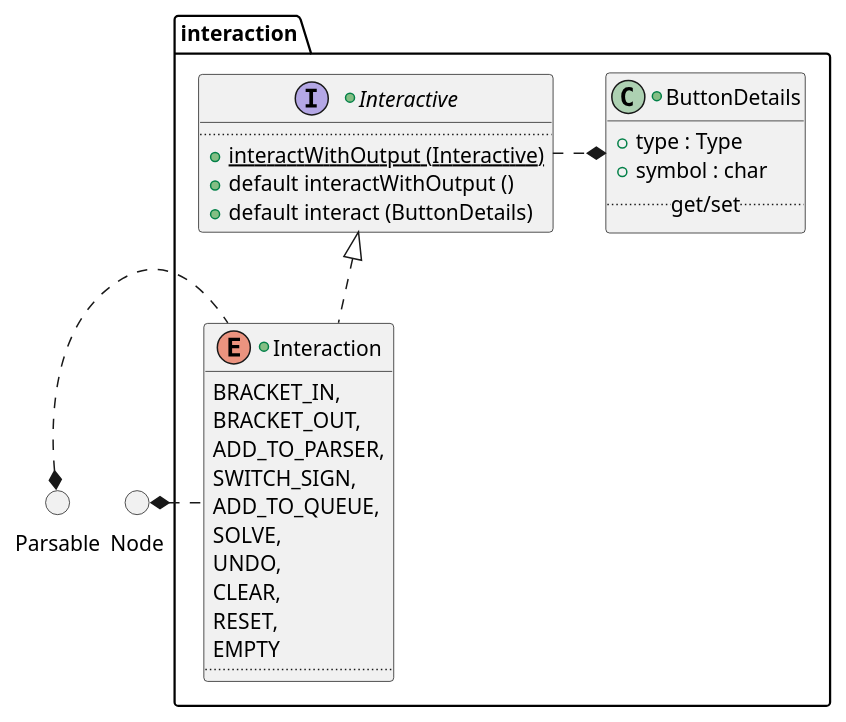
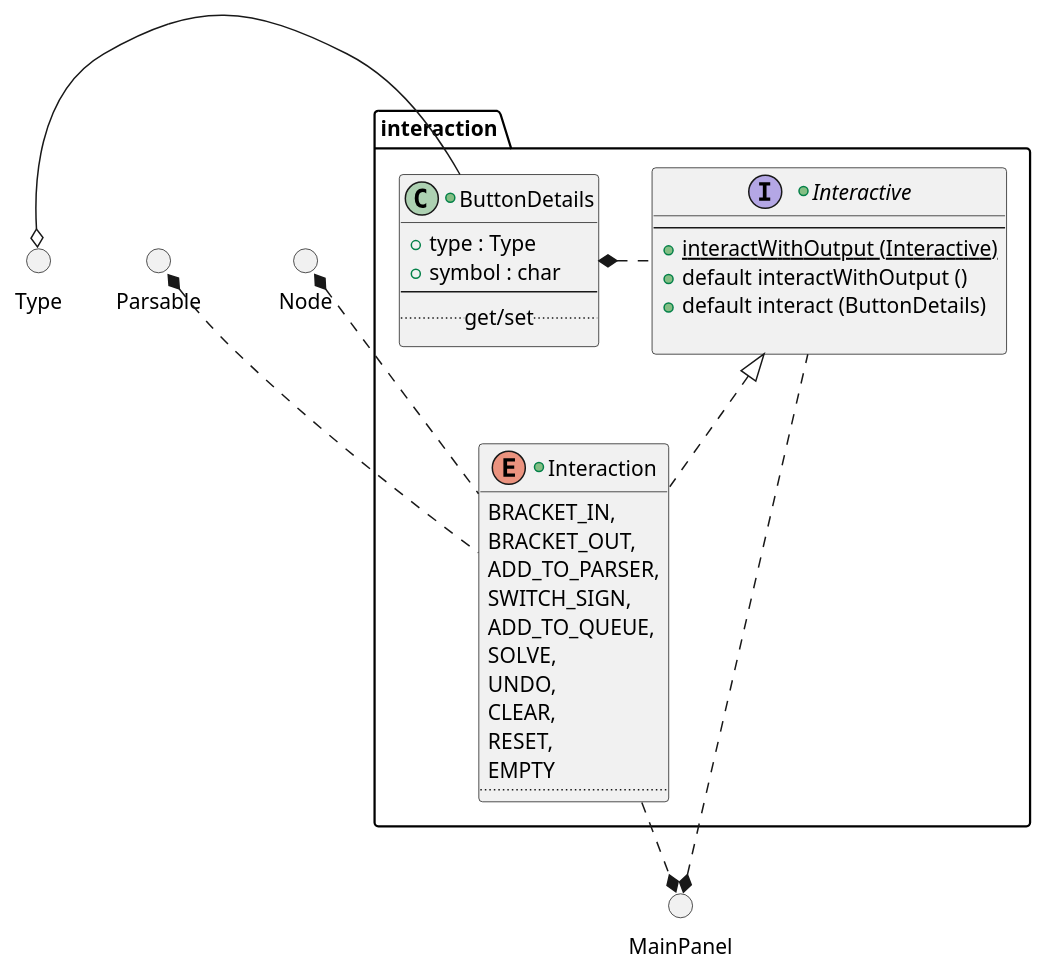
One commit to vitalispopoff/calculator changed the diagram in src/docs/UML/interaction/interaction.puml. Above: the diagram before and after it, drawn with PlantUML. The commit also changed 9 other files, not shown here.

```diff
--- a/src/docs/UML/interaction/interaction.puml
+++ b/src/docs/UML/interaction/interaction.puml
@@ -1,43 +1,50 @@
 @startuml
 
 package interaction {
 
     +interface Interactive{
-        ..
+        --
             + {method} {static} interactWithOutput (Interactive)
             + {method} default interactWithOutput ()
             + {method} default interact (ButtonDetails)
+
     }
 
     +class ButtonDetails {
             + {field} type : Type
             + {field} symbol : char
+        --
         ..get/set..
     }
 
     +enum Interaction implements Interactive{
             BRACKET_IN,
             BRACKET_OUT,
             ADD_TO_PARSER,
             SWITCH_SIGN,
             ADD_TO_QUEUE,
             SOLVE,
             UNDO,
             CLEAR,
             RESET,
             EMPTY
         ..
     }
 
-Interactive ..right..* ButtonDetails
-
+    Interactive ..left..* ButtonDetails
 }
 
 () Parsable
 () Node
+() MainPanel
+() Type
 
+Interactive ..left.* MainPanel
+Interaction .down.* MainPanel
 
-Interaction ..left* Node
-Interaction ..left* Parsable
+Interaction ..up* Node
+Interaction ..up* Parsable
+
+ButtonDetails -left-o Type
 
 @enduml
```
